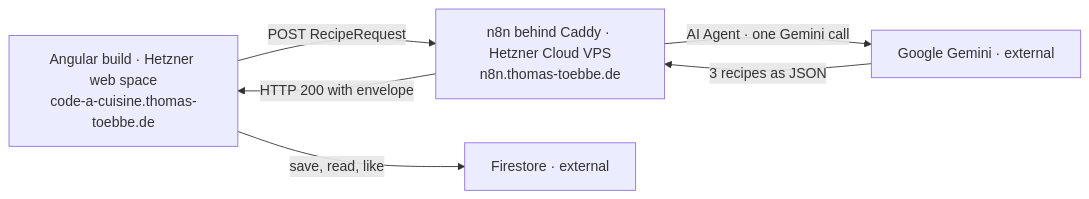
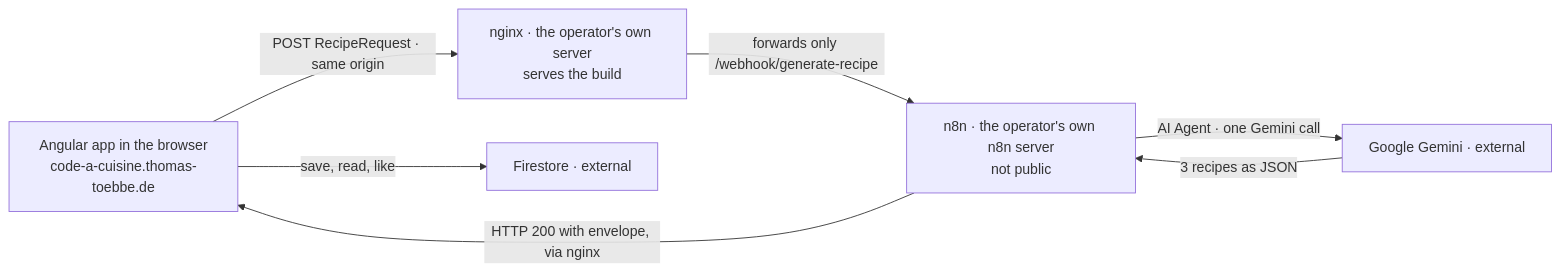
The diagram in README.md (ttoebbe/code-a-cuisine), drawn with Mermaid before and after one commit. The commit also changed other lines of this file and 11 other files, not shown here.

Commit message:
chore: serve site and webhook from own server

````diff
--- a/README.md
+++ b/README.md
@@ -16,13 +16,15 @@
 ```mermaid
 flowchart LR
-  ng["Angular build · Hetzner web space<br/>code-a-cuisine.thomas-toebbe.de"]
-  n8n["n8n behind Caddy · Hetzner Cloud VPS<br/>n8n.thomas-toebbe.de"]
+  ng["Angular app in the browser<br/>code-a-cuisine.thomas-toebbe.de"]
+  web["nginx · the operator's own server<br/>serves the build"]
+  n8n["n8n · the operator's own n8n server<br/>not public"]
   ai["Google Gemini · external"]
   fs["Firestore · external"]
 
-  ng -- "POST RecipeRequest" --> n8n
+  ng -- "POST RecipeRequest · same origin" --> web
+  web -- "forwards only /webhook/generate-recipe" --> n8n
   n8n -- "AI Agent · one Gemini call" --> ai
   ai -- "3 recipes as JSON" --> n8n
-  n8n -- "HTTP 200 with envelope" --> ng
+  n8n -- "HTTP 200 with envelope, via nginx" --> ng
   ng -- "save, read, like" --> fs
 ```
````
